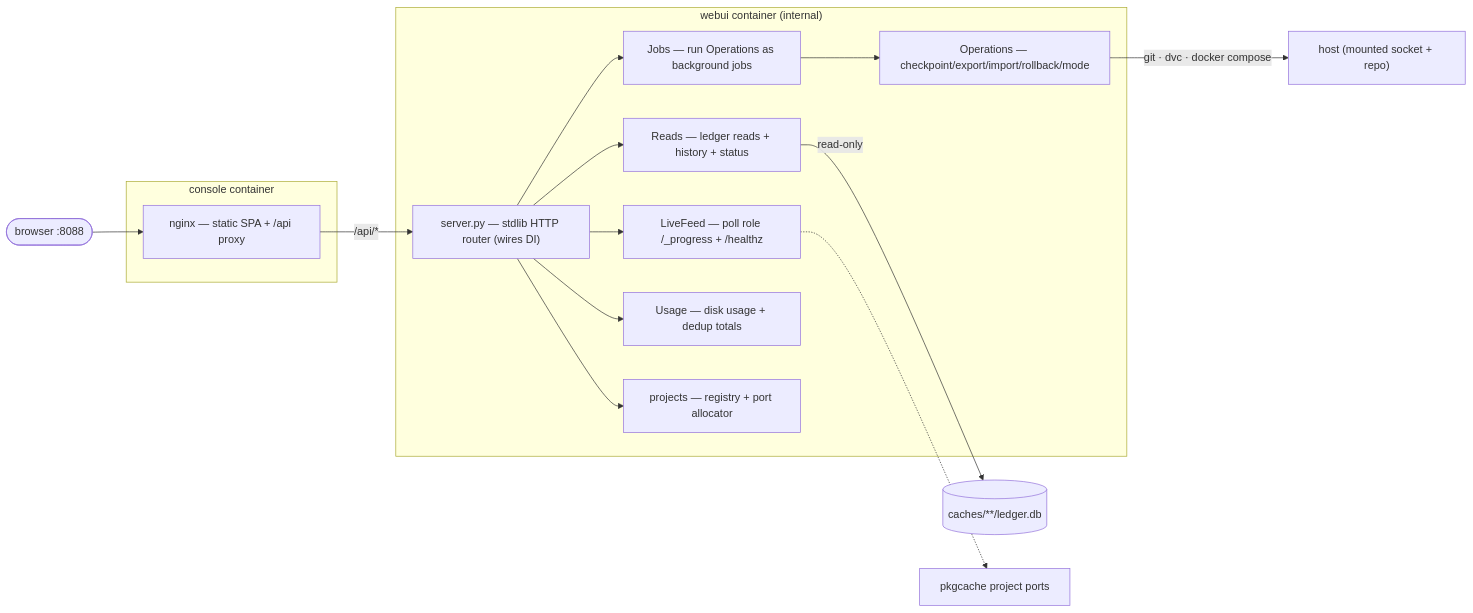
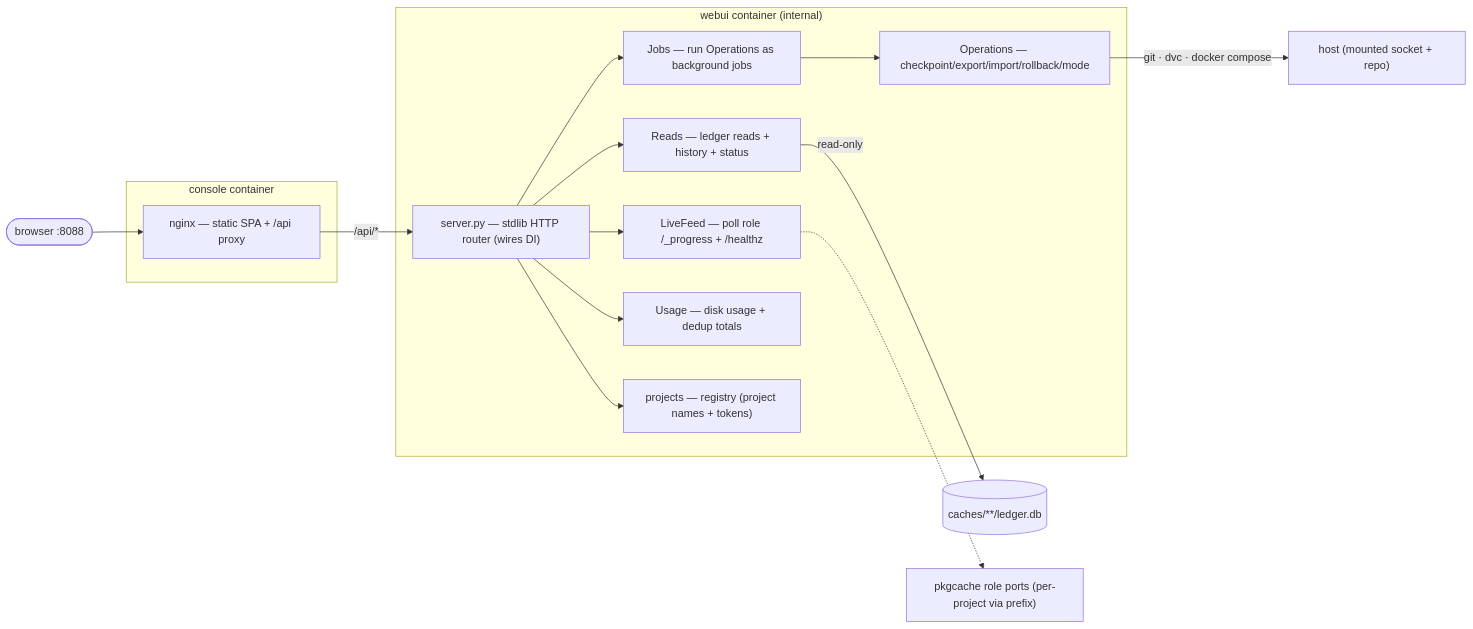
One commit to aabdlwahab/PKGCache changed the seventh of 7 diagrams in README.md. Above: the diagram before and after it, drawn with Mermaid. The commit also changed other lines of this file and 53 other files, not shown here.

First line of the commit message:
feat: land the in-flight multi-project + roles working tree as the refactor baseline

````diff
--- a/README.md
+++ b/README.md
@@ -549,22 +627,22 @@
 ```mermaid
 flowchart LR
   browser(["browser :8088"]) --> nginx
   subgraph consoleC["console container"]
     nginx["nginx — static SPA + /api proxy"]
   end
   subgraph webuiC["webui container (internal)"]
     api["server.py — stdlib HTTP router (wires DI)"]
     reads["Reads — ledger reads + history + status"]
     live["LiveFeed — poll role /_progress + /healthz"]
     jobs["Jobs — run Operations as background jobs"]
     ops["Operations — checkpoint/export/import/rollback/mode"]
     usage["Usage — disk usage + dedup totals"]
-    proj["projects — registry + port allocator"]
+    proj["projects — registry (project names + tokens)"]
   end
   nginx -->|"/api/*"| api
   api --> reads & live & jobs & usage & proj
   jobs --> ops
   reads -->|"read-only"| ledgers[("caches/**/ledger.db")]
-  live -.-> roles["pkgcache project ports"]
+  live -.-> roles["pkgcache role ports (per-project via prefix)"]
   ops -->|"git · dvc · docker compose"| host["host (mounted socket + repo)"]
 ```
````
